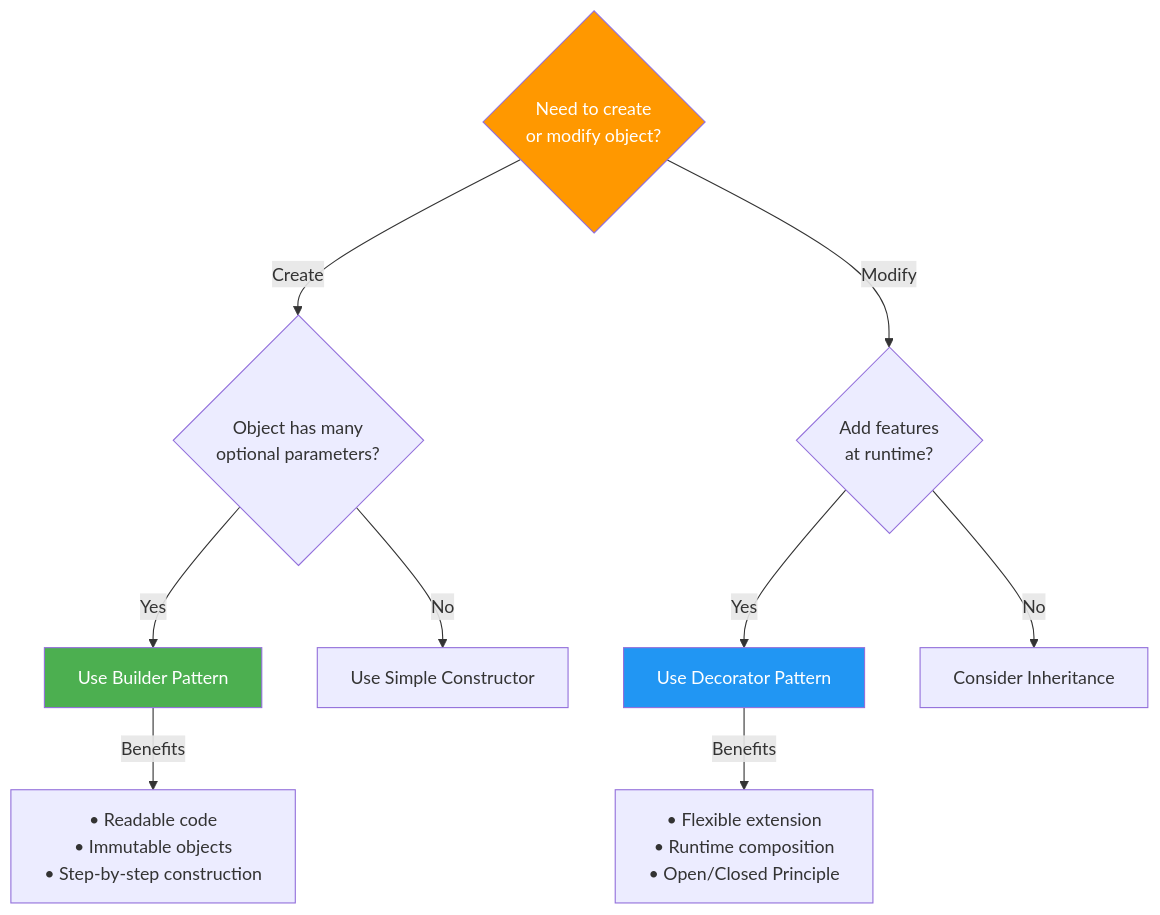
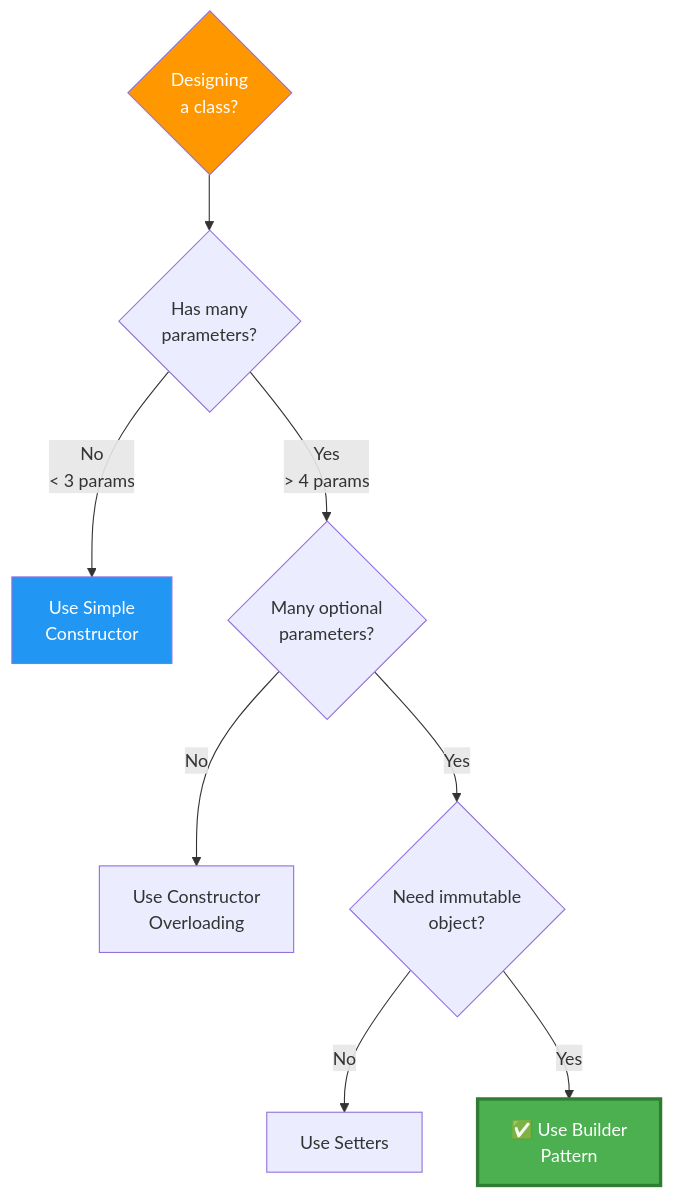
One commit to saikrishnareddy1731/Builder-Design-Pattern changed the eighth of 10 diagrams in README.md. Above: the diagram before and after it, drawn with Mermaid. The commit also changed other lines of this file, not shown here.

````diff
--- a/README.md
+++ b/README.md
@@ -267,20 +247,18 @@
 ```mermaid
 flowchart TD
-    Start{Need to create<br/>or modify object?}
+    Start{Designing<br/>a class?}
     
-    Start -->|Create| Q1{Object has many<br/>optional parameters?}
-    Start -->|Modify| Q2{Add features<br/>at runtime?}
+    Start --> Q1{Has many<br/>parameters?}
+    Q1 -->|No <br/>< 3 params| Simple[Use Simple<br/>Constructor]
+    Q1 -->|Yes <br/>> 4 params| Q2{Many optional<br/>parameters?}
     
-    Q1 -->|Yes| Builder[Use Builder Pattern]
-    Q1 -->|No| Simple[Use Simple Constructor]
+    Q2 -->|No| Overload[Use Constructor<br/>Overloading]
+    Q2 -->|Yes| Q3{Need immutable<br/>object?}
     
-    Q2 -->|Yes| Decorator[Use Decorator Pattern]
-    Q2 -->|No| Inheritance[Consider Inheritance]
+    Q3 -->|No| Setters[Use Setters]
+    Q3 -->|Yes| Builder[✅ Use Builder<br/>Pattern]
     
-    Builder -->|Benefits| B1[• Readable code<br/>• Immutable objects<br/>• Step-by-step construction]
-    Decorator -->|Benefits| D1[• Flexible extension<br/>• Runtime composition<br/>• Open/Closed Principle]
-    
-    style Builder fill:#4CAF50,color:#fff
-    style Decorator fill:#2196F3,color:#fff
+    style Builder fill:#4CAF50,color:#fff,stroke:#2E7D32,stroke-width:3px
+    style Simple fill:#2196F3,color:#fff
     style Start fill:#FF9800,color:#fff
 ```
````
